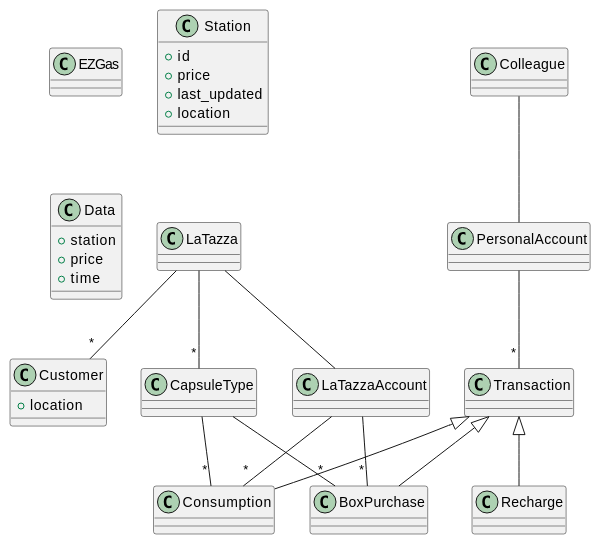
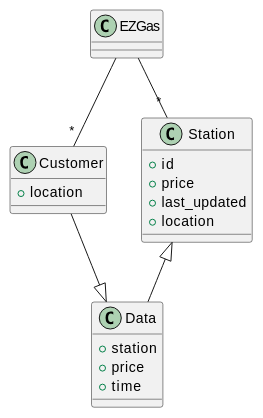
Before and after one commit to SoftengPoliTo/Lab2: the third of 5 diagrams in REQ_s274148.md, drawn with PlantUML. The commit also changed other lines of this file, not shown here.

Commit message:
Uml graphs

````diff
--- a/REQ_s274148.md
+++ b/REQ_s274148.md
@@ -191,37 +191,25 @@
 ```plantuml
 class EZGas
 class Customer {
 + location
 }
 
 class Station {
 + id
 + price
 + last_updated
 + location
 }
 
 class Data {
 + station
 + price
 + time
 }
 
-LaTazza -- "*" Customer
-LaTazza -- "*" CapsuleType
-LaTazza -- LaTazzaAccount
-
-LaTazzaAccount -- "*" BoxPurchase
-LaTazzaAccount -- "*" Consumption
-
-CapsuleType -- "*" Consumption
-CapsuleType -- "*" BoxPurchase
-
-Colleague -- PersonalAccount
-PersonalAccount -- "*" Transaction
-
-Transaction <|-- Recharge
-Transaction <|-- Consumption
-Transaction <|-- BoxPurchase
+EZGas -- "*" Customer
+EZGas -- "*" Station
+Customer --|> Data
+Station <|-- Data
 
 ```
````
